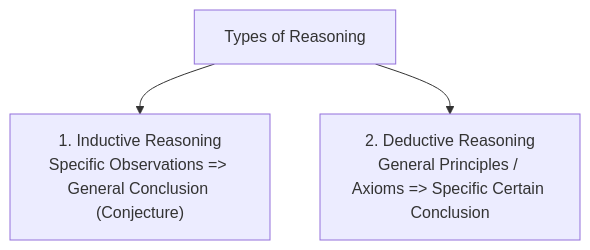
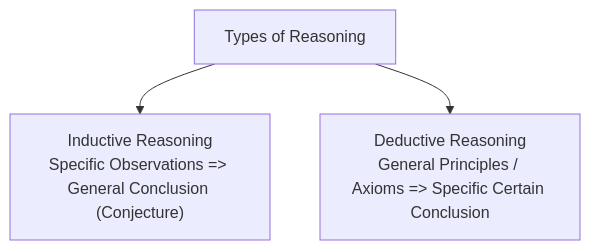
The first of 2 diagrams in content/Year 1/Mathematics in the Modern World/3. Problem Solving Strategies and Reasoning.md (aidocmr/learn-bscs), drawn with Mermaid before and after one commit. The commit also changed other lines of this file and 20 other files, not shown here.

First line of the commit message:
fix: Remove markdown lists and numbered prefixes from all Mermaid diagrams

````diff
--- a/content/Year 1/Mathematics in the Modern World/3. Problem Solving Strategies and Reasoning.md
+++ b/content/Year 1/Mathematics in the Modern World/3. Problem Solving Strategies and Reasoning.md
@@ -8,5 +8,5 @@
 ```mermaid
 graph TD
-    Reasoning["Types of Reasoning"] --> Ind["1. Inductive Reasoning<br/>Specific Observations => General Conclusion (Conjecture)"]
-    Reasoning --> Ded["2. Deductive Reasoning<br/>General Principles / Axioms => Specific Certain Conclusion"]
+    Reasoning["Types of Reasoning"] --> Ind["Inductive Reasoning<br/>Specific Observations => General Conclusion (Conjecture)"]
+    Reasoning --> Ded["Deductive Reasoning<br/>General Principles / Axioms => Specific Certain Conclusion"]
 ```
````
